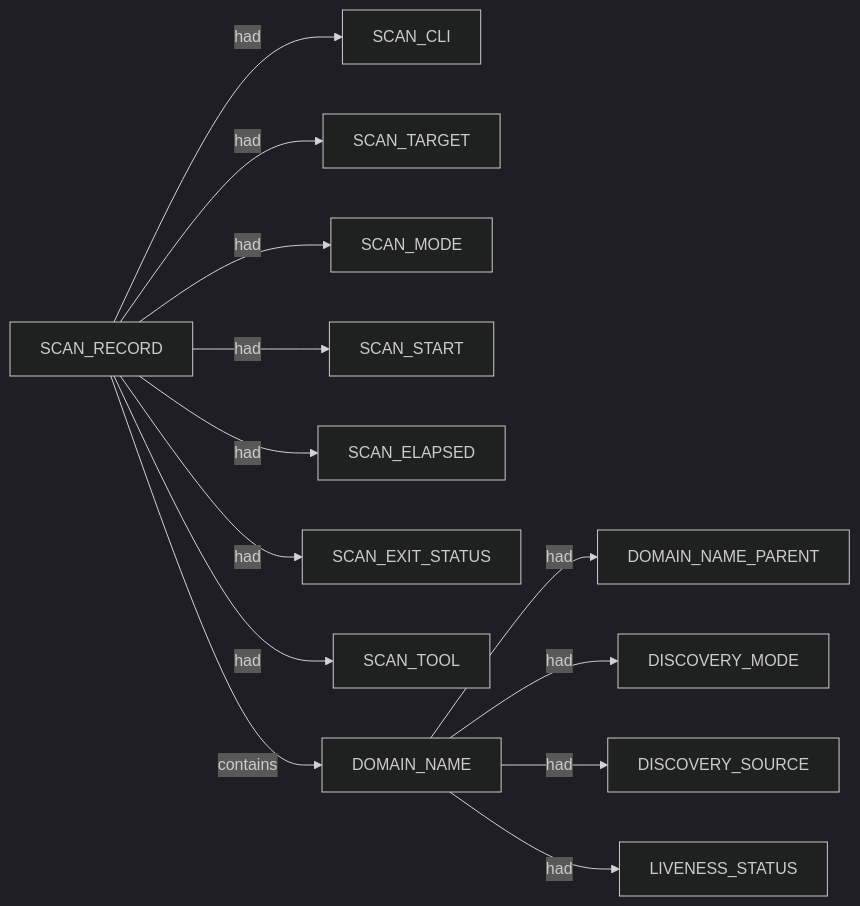
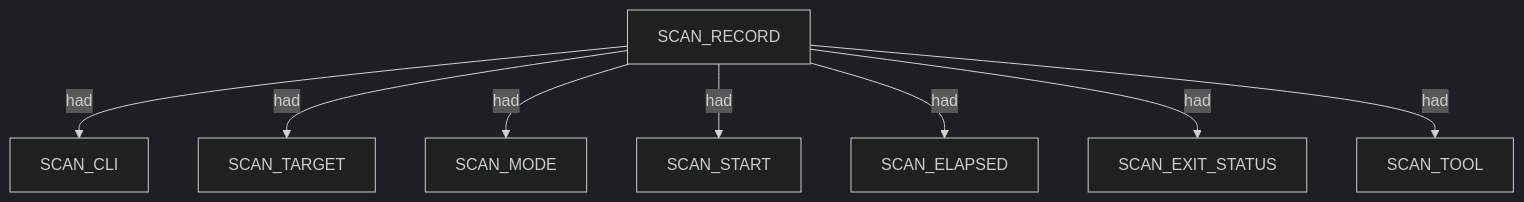
Before and after one commit to brettforbes/spiderfeet: the first of 3 diagrams in .docs/docs-for-cli-tools/nugget_structure/subfinder_corporate_vcof_sparse_passive_proposed_nuggets_edges_description.md, drawn with Mermaid (dark theme). The commit also changed other lines of this file and 17 other files, not shown here.

````diff
--- a/.docs/docs-for-cli-tools/nugget_structure/subfinder_corporate_vcof_sparse_passive_proposed_nuggets_edges_description.md
+++ b/.docs/docs-for-cli-tools/nugget_structure/subfinder_corporate_vcof_sparse_passive_proposed_nuggets_edges_description.md
@@ -14,15 +13,18 @@
 ```mermaid
-flowchart LR
-  SCAN_RECORD -->|had| SCAN_CLI
-  SCAN_RECORD -->|had| SCAN_TARGET
-  SCAN_RECORD -->|had| SCAN_MODE
-  SCAN_RECORD -->|had| SCAN_START
-  SCAN_RECORD -->|had| SCAN_ELAPSED
-  SCAN_RECORD -->|had| SCAN_EXIT_STATUS
-  SCAN_RECORD -->|had| SCAN_TOOL
-  SCAN_RECORD -->|contains| DOMAIN_NAME
-  DOMAIN_NAME -->|had| DOMAIN_NAME_PARENT
-  DOMAIN_NAME -->|had| DISCOVERY_MODE
-  DOMAIN_NAME -->|had| DISCOVERY_SOURCE
-  DOMAIN_NAME -->|had| LIVENESS_STATUS
+flowchart TD
+  scan_record_1["SCAN_RECORD"]
+  scan_cli_2["SCAN_CLI"]
+  scan_record_1 -->|had| scan_cli_2
+  scan_target_3["SCAN_TARGET"]
+  scan_record_1 -->|had| scan_target_3
+  scan_mode_4["SCAN_MODE"]
+  scan_record_1 -->|had| scan_mode_4
+  scan_start_5["SCAN_START"]
+  scan_record_1 -->|had| scan_start_5
+  scan_elapsed_6["SCAN_ELAPSED"]
+  scan_record_1 -->|had| scan_elapsed_6
+  scan_exit_status_7["SCAN_EXIT_STATUS"]
+  scan_record_1 -->|had| scan_exit_status_7
+  scan_tool_8["SCAN_TOOL"]
+  scan_record_1 -->|had| scan_tool_8
 ```
````
